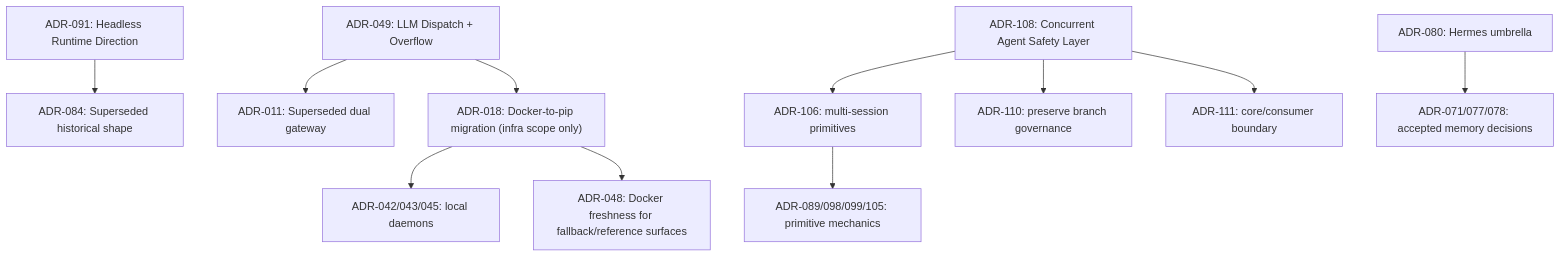
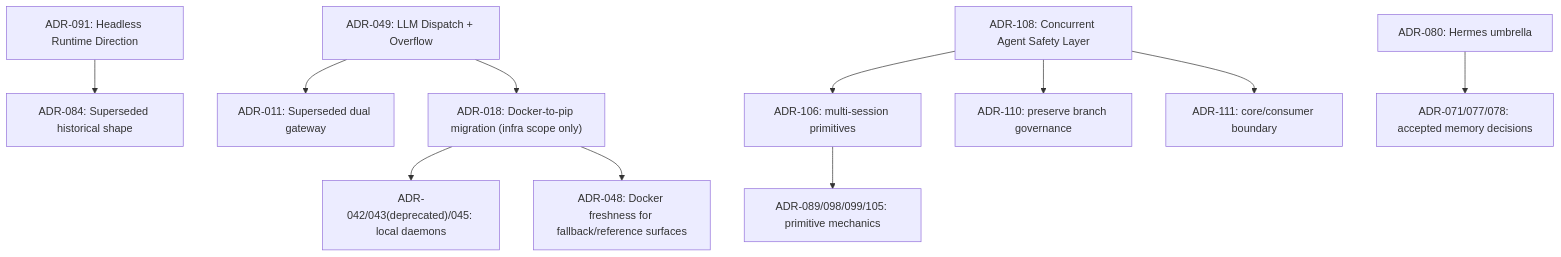
Before and after one commit to Luum-Home/luum-cognitive-os: the diagram in docs/architecture/adr-collision-reconciliation.md, drawn with Mermaid. The commit also changed other lines of this file and 19 other files, not shown here.

````diff
--- a/docs/architecture/adr-collision-reconciliation.md
+++ b/docs/architecture/adr-collision-reconciliation.md
@@ -27,13 +27,13 @@
 ```mermaid
 flowchart TD
   A["ADR-091: Headless Runtime Direction"] --> B["ADR-084: Superseded historical shape"]
   C["ADR-049: LLM Dispatch + Overflow"] --> D["ADR-011: Superseded dual gateway"]
   C --> E["ADR-018: Docker-to-pip migration (infra scope only)"]
-  E --> F["ADR-042/043/045: local daemons"]
+  E --> F["ADR-042/043(deprecated)/045: local daemons"]
   E --> G["ADR-048: Docker freshness for fallback/reference surfaces"]
   H["ADR-108: Concurrent Agent Safety Layer"] --> I["ADR-106: multi-session primitives"]
   H --> J["ADR-110: preserve branch governance"]
   H --> K["ADR-111: core/consumer boundary"]
   I --> L["ADR-089/098/099/105: primitive mechanics"]
   M["ADR-080: Hermes umbrella"] --> N["ADR-071/077/078: accepted memory decisions"]
 ```
````
